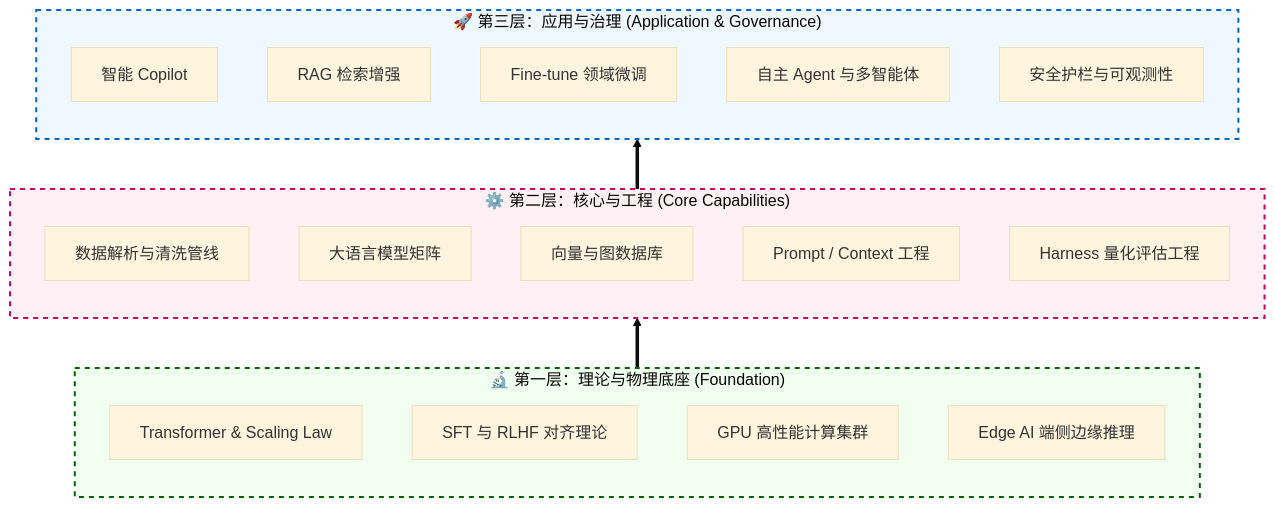
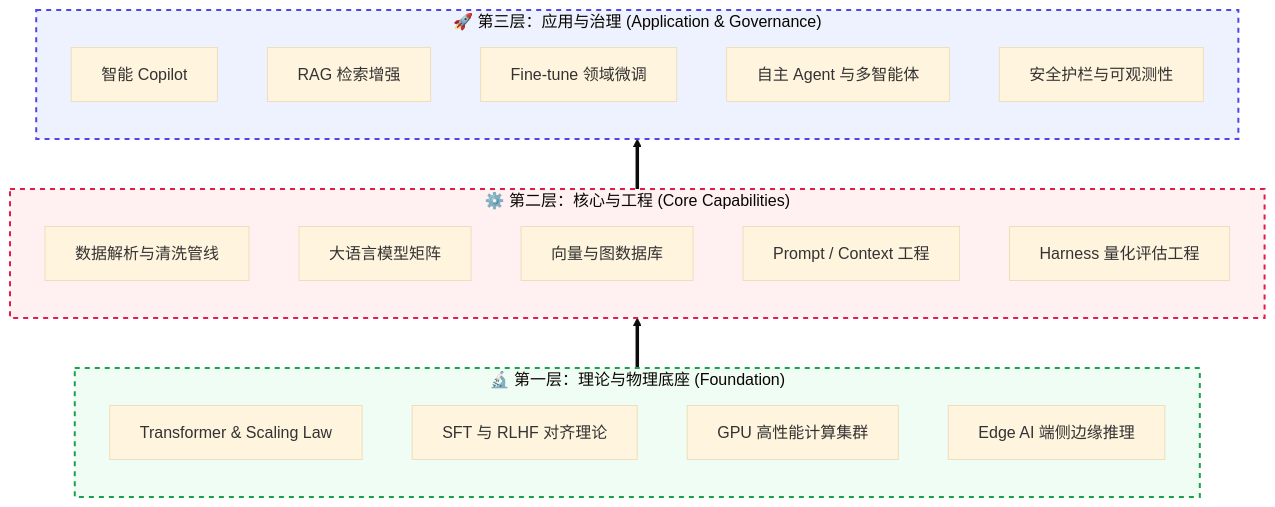
One commit to wangchong2023/lang-chain-graph changed the first of 15 diagrams in doc/AI_Knowledge_Roadmap.md. Above: the diagram before and after it, drawn with Mermaid (base theme). The commit also changed other lines of this file, not shown here.

Commit message:
docs: update AI knowledge roadmap with new learning resources and topics

````diff
--- a/doc/AI_Knowledge_Roadmap.md
+++ b/doc/AI_Knowledge_Roadmap.md
@@ -32,37 +32,37 @@
 ```mermaid
 graph BT
     %% 第 3 层：应用与治理
     subgraph AppLayer ["🚀 第三层：应用与治理 (Application & Governance)"]
         A1[智能 Copilot]
         A2[RAG 检索增强]
         A3[Fine-tune 领域微调]
         A4[自主 Agent 与多智能体]
         A5[安全护栏与可观测性]
     end
 
     %% 第 2 层：核心与工程
     subgraph CoreLayer ["⚙️ 第二层：核心与工程 (Core Capabilities)"]
         C1[数据解析与清洗管线]
         C2[大语言模型矩阵]
         C3[向量与图数据库]
         C4[Prompt / Context 工程]
         C5[Harness 量化评估工程]
     end
 
     %% 第 1 层：理论与基座
     subgraph FoundationLayer ["🔬 第一层：理论与物理底座 (Foundation)"]
         F1[Transformer & Scaling Law]
         F2[SFT 与 RLHF 对齐理论]
         F3[GPU 高性能计算集群]
         F4[Edge AI 端侧边缘推理]
     end
 
     %% 层级依赖关系
     FoundationLayer ==> CoreLayer
     CoreLayer ==> AppLayer
 
     %% 样式美化
-    style AppLayer fill:#f0f8ff,stroke:#0066cc,stroke-width:2px,stroke-dasharray: 5 5
-    style CoreLayer fill:#fff0f5,stroke:#cc0066,stroke-width:2px,stroke-dasharray: 5 5
-    style FoundationLayer fill:#f0fff0,stroke:#006600,stroke-width:2px,stroke-dasharray: 5 5
+    style AppLayer fill:#eef2ff,stroke:#4f46e5,stroke-width:2px,stroke-dasharray: 5 5
+    style CoreLayer fill:#fff1f2,stroke:#e11d48,stroke-width:2px,stroke-dasharray: 5 5
+    style FoundationLayer fill:#f0fdf4,stroke:#16a34a,stroke-width:2px,stroke-dasharray: 5 5
 ```
````
